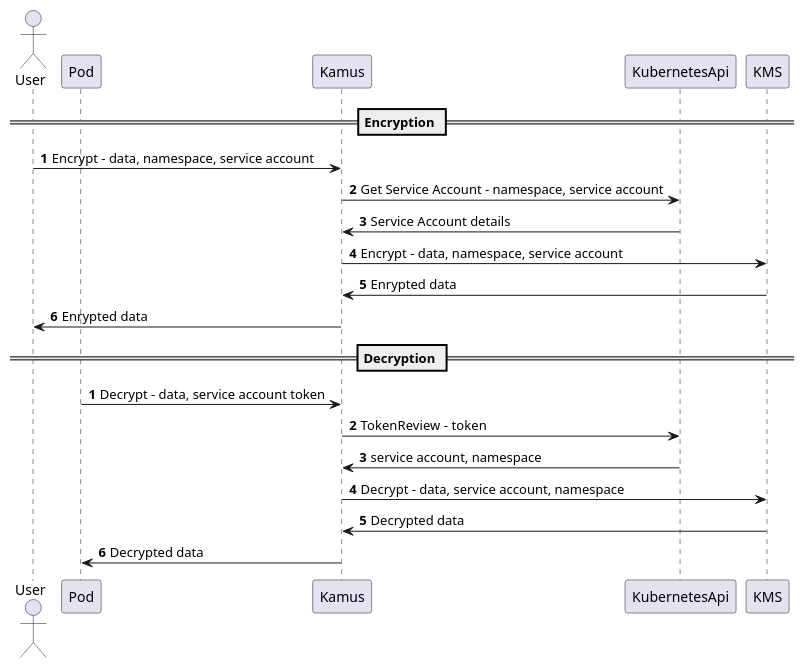
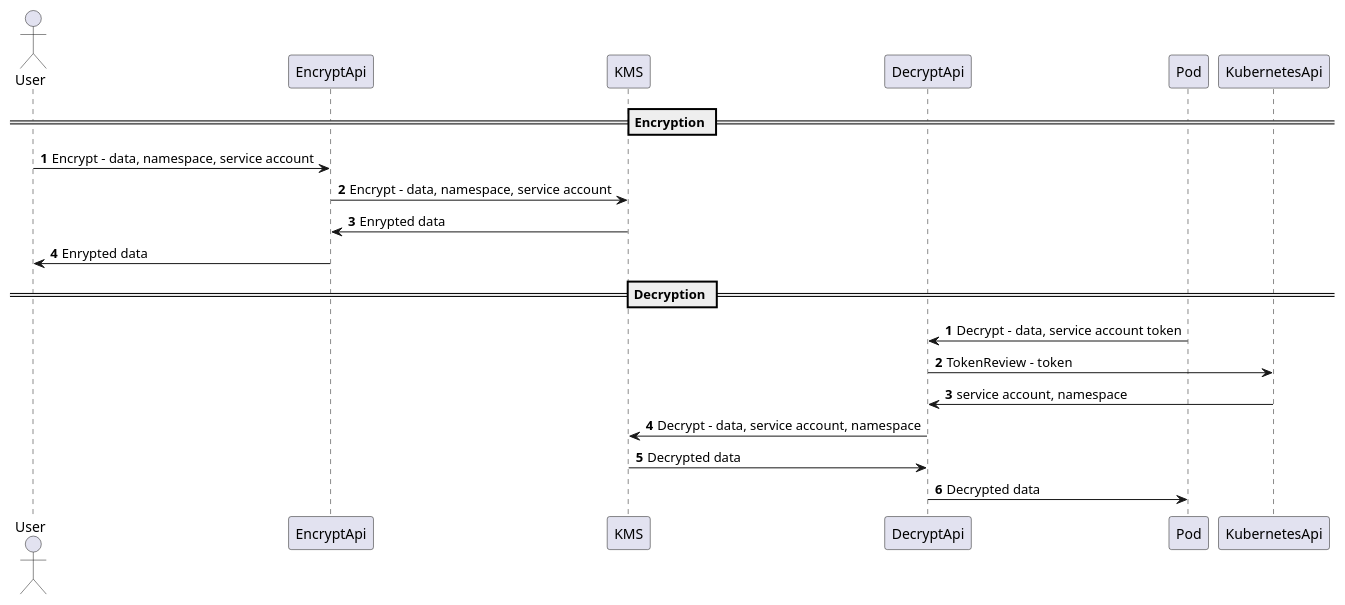
Before and after one commit to Soluto/kamus: the diagram in docs/features/assets/images/diagram.pu, drawn with PlantUML. The commit also changed 1 other file, not shown here.

Commit message:
Updated diagram

```diff
--- a/docs/features/assets/images/diagram.pu
+++ b/docs/features/assets/images/diagram.pu
@@ -1,28 +1,27 @@
 @startuml
 
 actor User 
+participant EncryptApi
+participant KMS
+participant DecryptApi
 participant Pod
-participant Kamus
 participant KubernetesApi
-participant KMS
 
 == Encryption ==
 
 autonumber
-User -> Kamus: Encrypt - data, namespace, service account
-Kamus -> KubernetesApi: Get Service Account - namespace, service account
-KubernetesApi -> Kamus: Service Account details
-Kamus -> KMS: Encrypt - data, namespace, service account
-KMS -> Kamus: Enrypted data
-Kamus -> User: Enrypted data
+User -> EncryptApi: Encrypt - data, namespace, service account
+EncryptApi -> KMS: Encrypt - data, namespace, service account
+KMS ->  EncryptApi: Enrypted data
+EncryptApi -> User: Enrypted data
 
 == Decryption ==
 autonumber 1
-Pod -> Kamus: Decrypt - data, service account token
-Kamus -> KubernetesApi: TokenReview - token
-KubernetesApi -> Kamus: service account, namespace
-Kamus -> KMS: Decrypt - data, service account, namespace
-KMS -> Kamus: Decrypted data
-Kamus -> Pod: Decrypted data
+Pod -> DecryptApi: Decrypt - data, service account token
+DecryptApi -> KubernetesApi: TokenReview - token
+KubernetesApi -> DecryptApi: service account, namespace
+DecryptApi -> KMS: Decrypt - data, service account, namespace
+KMS -> DecryptApi: Decrypted data
+DecryptApi -> Pod: Decrypted data
 
 @enduml
```
